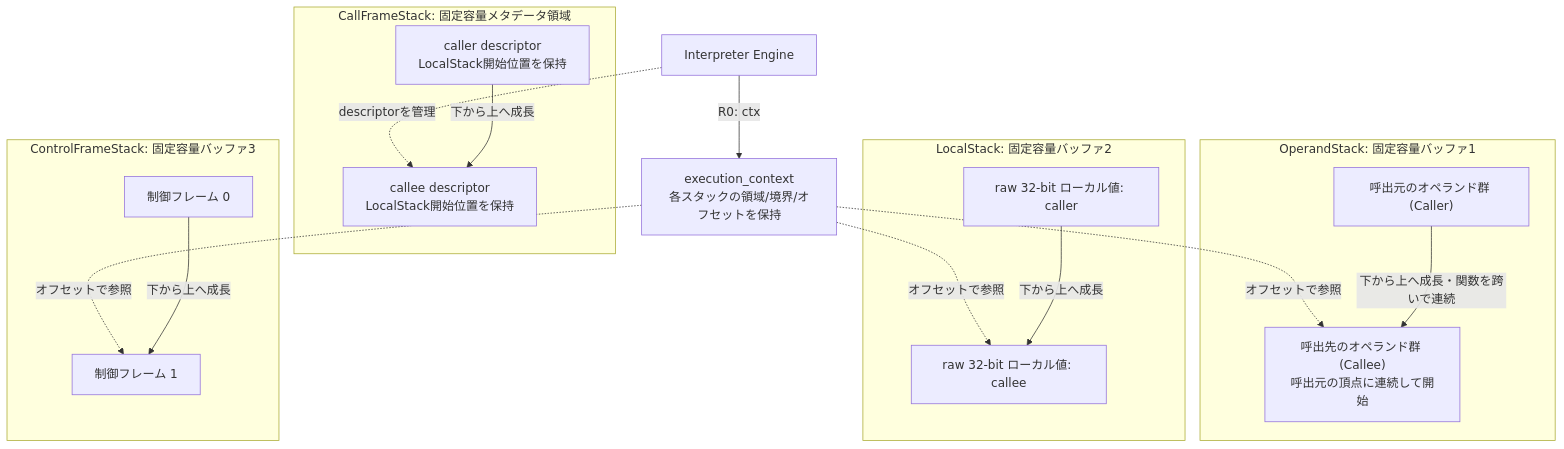
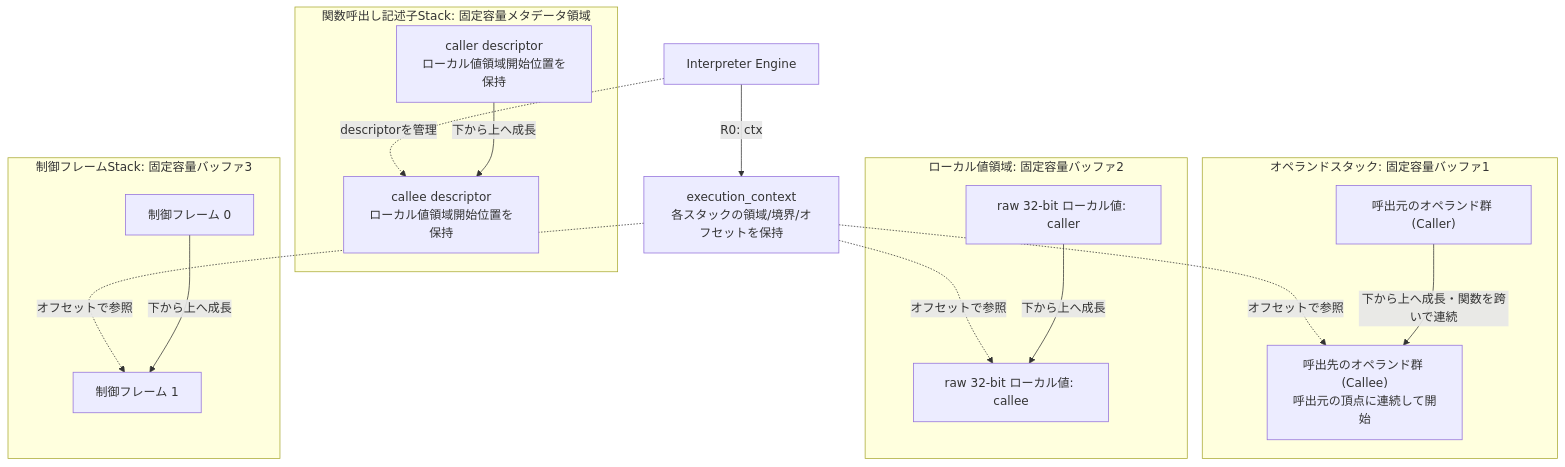
Before and after one commit to kmt-t/fireball: the first of 4 diagrams in docs/components/tier2_runtime/runtime_interpreter.md, drawn with Mermaid. The commit also changed other lines of this file and 37 other files, not shown here.

Commit message:
Clarify terminology for stack and control-frame documentation

````diff
--- a/docs/components/tier2_runtime/runtime_interpreter.md
+++ b/docs/components/tier2_runtime/runtime_interpreter.md
@@ -33,34 +33,34 @@
 ```mermaid
 graph TD
     Ctx["execution_context<br/>各スタックの領域/境界/オフセットを保持"]
 
-    subgraph Operand_Stack_Memory["OperandStack: 固定容量バッファ1"]
+    subgraph Operand_Stack_Memory["オペランドスタック: 固定容量バッファ1"]
         Op0["呼出元のオペランド群 (Caller)"]
         Op1["呼出先のオペランド群 (Callee)<br/>呼出元の頂点に連続して開始"]
     end
 
-    subgraph Local_Stack_Memory["LocalStack: 固定容量バッファ2"]
+    subgraph Local_Stack_Memory["ローカル値領域: 固定容量バッファ2"]
         Loc0["raw 32-bit ローカル値: caller"]
         Loc1["raw 32-bit ローカル値: callee"]
     end
 
-    subgraph Call_Frame_Memory["CallFrameStack: 固定容量メタデータ領域"]
-        Frame0["caller descriptor<br/>LocalStack開始位置を保持"]
-        Frame1["callee descriptor<br/>LocalStack開始位置を保持"]
+    subgraph Call_Frame_Memory["関数呼出し記述子Stack: 固定容量メタデータ領域"]
+        Frame0["caller descriptor<br/>ローカル値領域開始位置を保持"]
+        Frame1["callee descriptor<br/>ローカル値領域開始位置を保持"]
     end
 
-    subgraph Control_Frame_Memory["ControlFrameStack: 固定容量バッファ3"]
+    subgraph Control_Frame_Memory["制御フレームStack: 固定容量バッファ3"]
         Ctrl0["制御フレーム 0"]
         Ctrl1["制御フレーム 1"]
     end
 
     Engine[Interpreter Engine] -- R0: ctx --> Ctx
     Ctx -. "オフセットで参照" .-> Op1
     Ctx -. "オフセットで参照" .-> Loc1
     Ctx -. "オフセットで参照" .-> Ctrl1
     Engine -. "descriptorを管理" .-> Frame1
     Op0 -- "下から上へ成長・関数を跨いで連続" --> Op1
     Loc0 -- "下から上へ成長" --> Loc1
     Frame0 -- "下から上へ成長" --> Frame1
     Ctrl0 -- "下から上へ成長" --> Ctrl1
 ```
````
